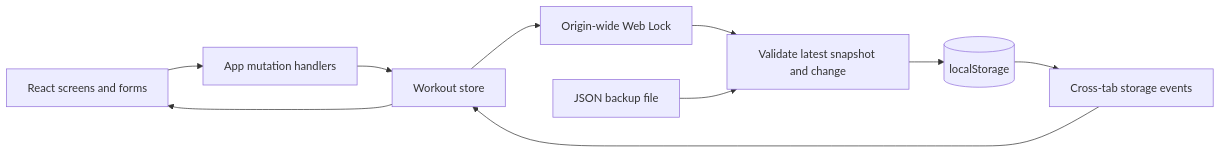
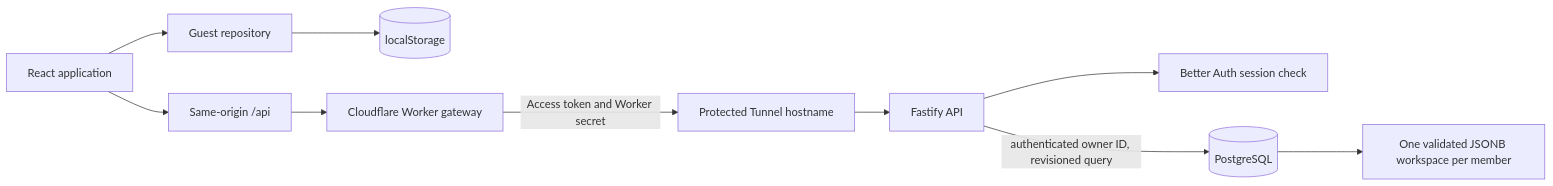
One commit to Raoof128/forma-workout-planner changed the diagram in docs/architecture.md. Above: the diagram before and after it, drawn with Mermaid. The commit also changed other lines of this file and 84 other files, not shown here.

````diff
--- a/docs/architecture.md
+++ b/docs/architecture.md
@@ -9,12 +12,13 @@
 ```mermaid
 flowchart LR
-  UI[React screens and forms] --> Actions[App mutation handlers]
-  Actions --> Store[Workout store]
-  Store --> Lock[Origin-wide Web Lock]
-  Lock --> Schema[Validate latest snapshot and change]
-  Schema --> Local[(localStorage)]
-  Local --> Events[Cross-tab storage events]
-  Events --> Store
-  Store --> UI
-  Backup[JSON backup file] --> Schema
+  Browser[React application]
+  Browser --> Guest[Guest repository]
+  Guest --> Local[(localStorage)]
+  Browser --> SameOrigin[Same-origin /api]
+  SameOrigin --> Worker[Cloudflare Worker gateway]
+  Worker -->|Access token and Worker secret| Tunnel[Protected Tunnel hostname]
+  Tunnel --> API[Fastify API]
+  API --> Auth[Better Auth session check]
+  API -->|authenticated owner ID, revisioned query| DB[(PostgreSQL)]
+  DB --> Workspace[One validated JSONB workspace per member]
 ```
````
